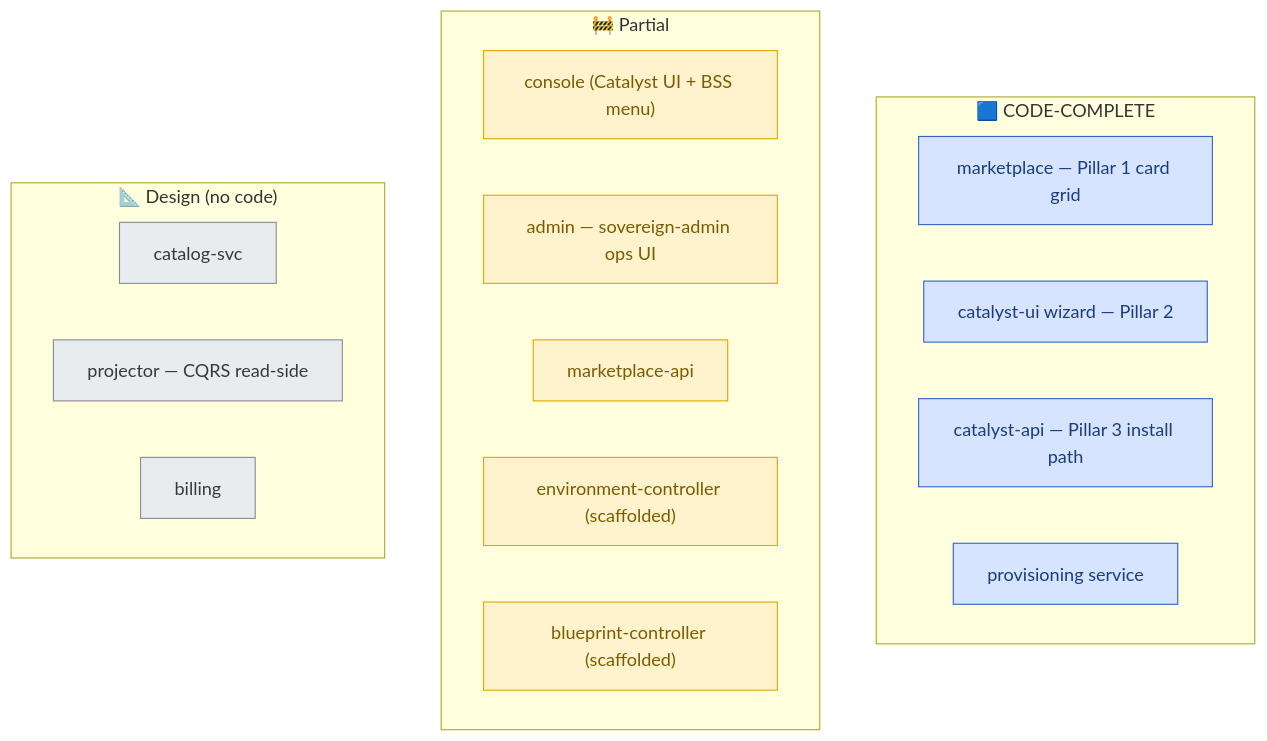
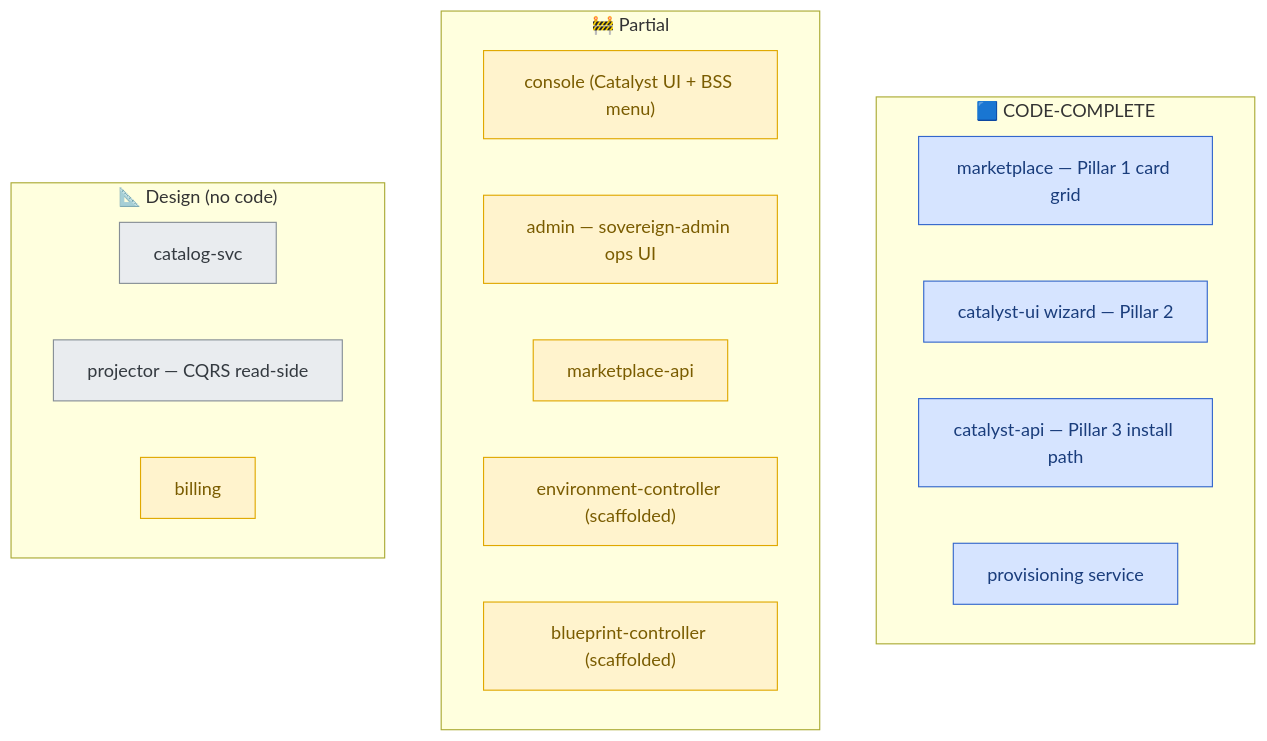
One commit to openova-io/openova changed the third of 7 diagrams in docs/STATUS.md. Above: the diagram before and after it, drawn with Mermaid. The commit also changed other lines of this file, not shown here.

First line of the commit message:
docs(status): billing row reflects shipped voucher/credit/orders code; add chargeback row (ADR-0014)

````diff
--- a/docs/STATUS.md
+++ b/docs/STATUS.md
@@ -117,24 +118,24 @@
 ```mermaid
 graph TD
   subgraph sCode["🟦 CODE-COMPLETE"]
     MKT["marketplace — Pillar 1 card grid"]:::cc
     CUI["catalyst-ui wizard — Pillar 2"]:::cc
     CAPI["catalyst-api — Pillar 3 install path"]:::cc
     PROVS["provisioning service"]:::cc
   end
   subgraph sPart["🚧 Partial"]
     CON["console (Catalyst UI + BSS menu)"]:::partial
     ADM["admin — sovereign-admin ops UI"]:::partial
     MAPI["marketplace-api"]:::partial
     ENVC["environment-controller (scaffolded)"]:::partial
     BPC["blueprint-controller (scaffolded)"]:::partial
   end
   subgraph sDes["📐 Design (no code)"]
     CSVC["catalog-svc"]:::design
     PROJ["projector — CQRS read-side"]:::design
-    BILL["billing"]:::design
+    BILL["billing"]:::partial
   end
   classDef cc fill:#d6e4ff,stroke:#3366cc,color:#1a3d7c;
   classDef partial fill:#fff3cd,stroke:#e0a800,color:#7a5c00;
   classDef design fill:#e9ecef,stroke:#868e96,color:#343a40;
 ```
````
